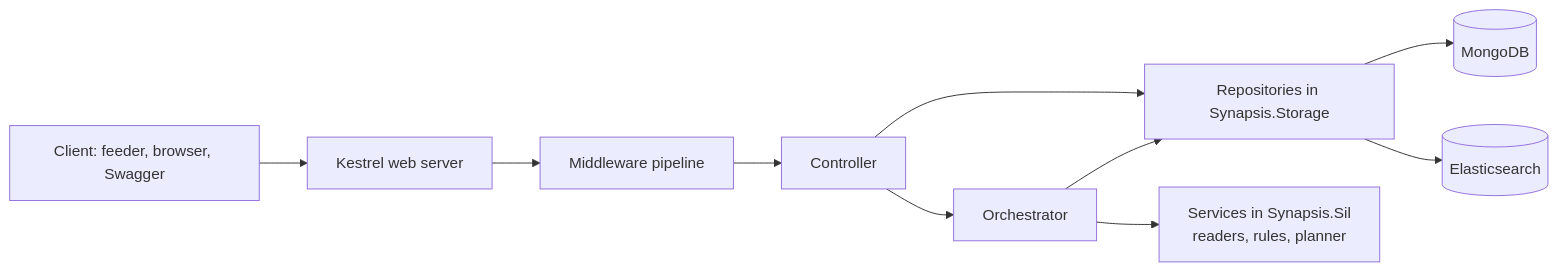
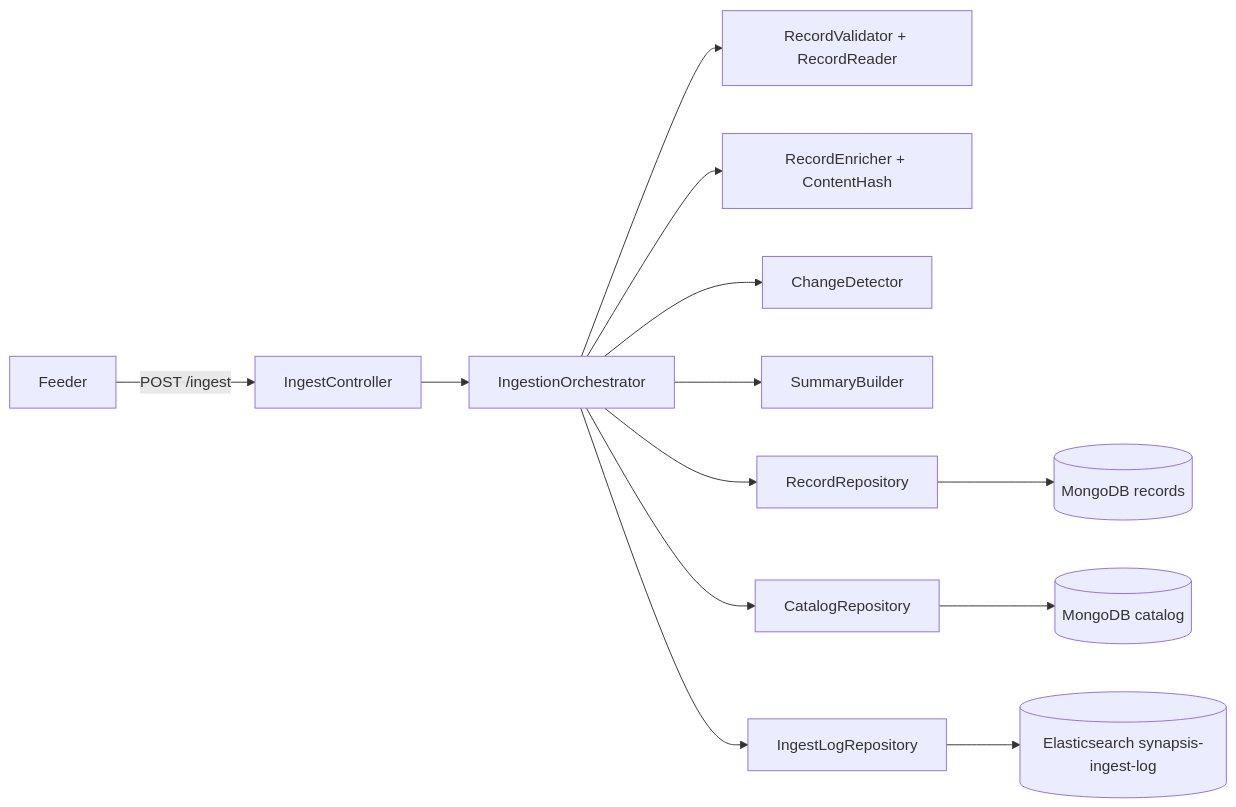
One commit to ShlomoShoov/Synapsis changed the first of 2 diagrams in UNDERSTANDING.md. Above: the diagram before and after it, drawn with Mermaid. The commit also changed other lines of this file and 2 other files, not shown here.

Commit message:
docs: contract, UNDERSTANDING.md and README for the basic flow

````diff
--- a/UNDERSTANDING.md
+++ b/UNDERSTANDING.md
@@ -51,12 +27,12 @@
 ```mermaid
 flowchart LR
-    C[Client: feeder, browser, Swagger] --> K[Kestrel web server]
-    K --> M[Middleware pipeline]
-    M --> CT[Controller]
-    CT --> O[Orchestrator]
-    CT --> R
-    O --> S[Services in Synapsis.Sil<br/>readers, rules, planner]
-    O --> R[Repositories in Synapsis.Storage]
-    R --> DB[(MongoDB)]
-    R --> ES[(Elasticsearch)]
+  Feeder -->|POST /ingest| C[IngestController]
+  C --> O[IngestionOrchestrator]
+  O --> S1[RecordValidator + RecordReader]
+  O --> S2[RecordEnricher + ContentHash]
+  O --> S3[ChangeDetector]
+  O --> S4[SummaryBuilder]
+  O --> R1[RecordRepository] --> M[(MongoDB records)]
+  O --> R2[CatalogRepository] --> K[(MongoDB catalog)]
+  O --> R3[IngestLogRepository] --> E[(Elasticsearch synapsis-ingest-log)]
 ```
````
